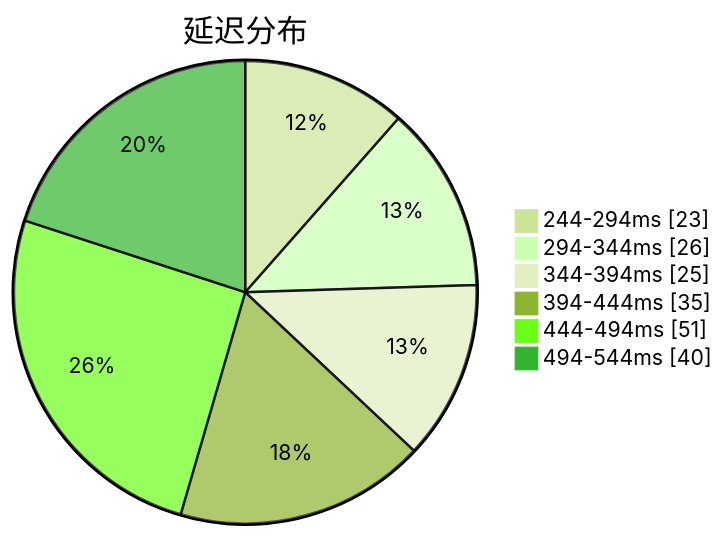
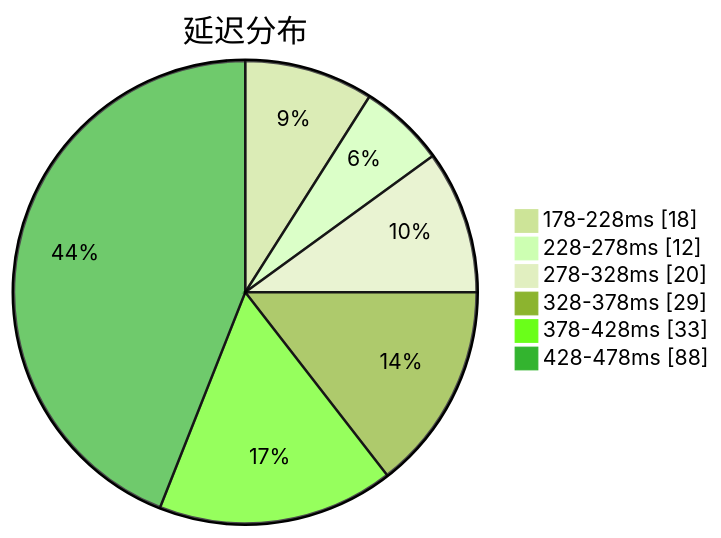
Before and after one commit to qjlxg/airport: the first of 3 diagrams in subs/statistics/tested_within.md, drawn with Mermaid (forest theme). The commit also changed other lines of this file and 2 other files, not shown here.

````diff
--- a/subs/statistics/tested_within.md
+++ b/subs/statistics/tested_within.md
@@ -2,10 +2,10 @@
 ```mermaid
 pie showData
 title 延迟分布
-"244-294ms" : 23
-"294-344ms" : 26
-"344-394ms" : 25
-"394-444ms" : 35
-"444-494ms" : 51
-"494-544ms" : 40
+"178-228ms" : 18
+"228-278ms" : 12
+"278-328ms" : 20
+"328-378ms" : 29
+"378-428ms" : 33
+"428-478ms" : 88
 ```
````
